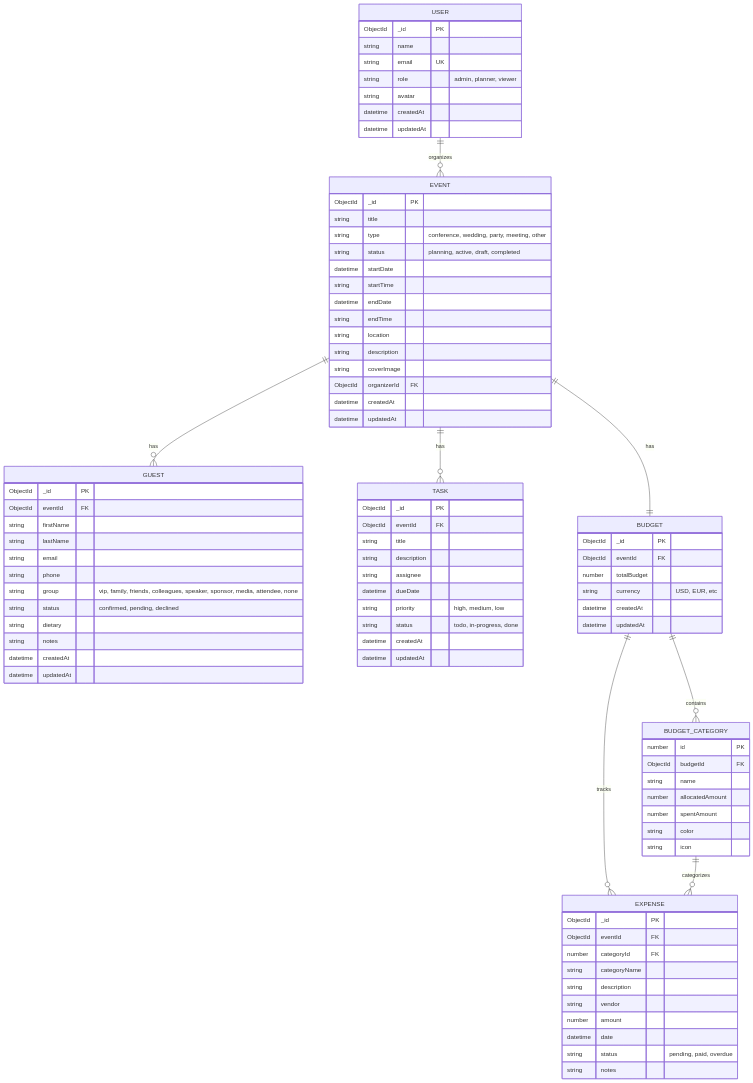
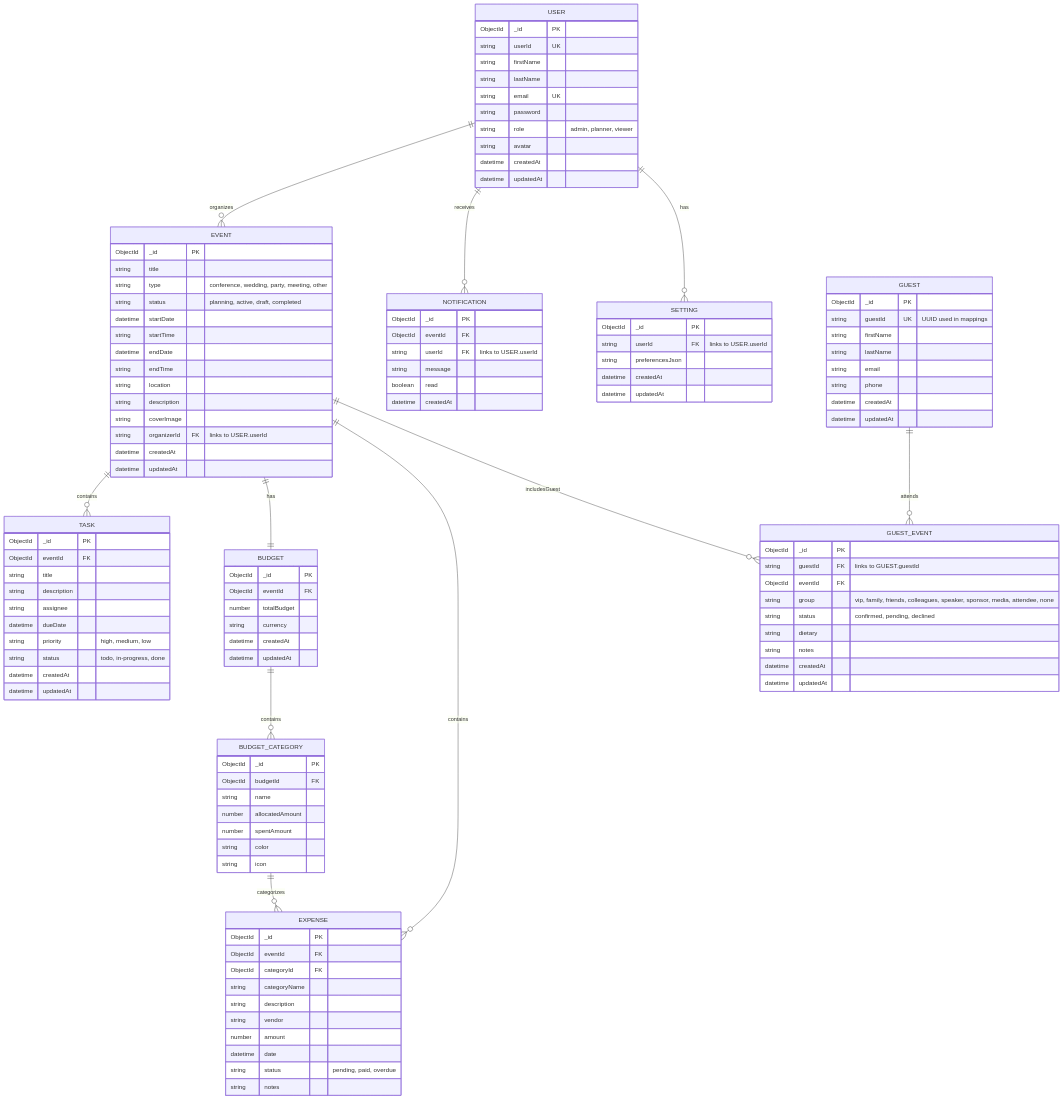
The diagram in database-schema.md (ShawndharSrt/Event-Planner), drawn with Mermaid before and after one commit. The commit also changed other lines of this file and 33 other files, not shown here.

Commit message:
Refactor core models and services to use string IDs, introduce new budget, notification, and setting models, and update authentication forms.

````diff
--- a/database-schema.md
+++ b/database-schema.md
@@ -5,17 +5,26 @@
 ```mermaid
 erDiagram
     USER ||--o{ EVENT : organizes
-    EVENT ||--o{ GUEST : "has"
-    EVENT ||--o{ TASK : "has"
-    EVENT ||--|| BUDGET : "has"
-    BUDGET ||--o{ BUDGET_CATEGORY : "contains"
-    BUDGET ||--o{ EXPENSE : "tracks"
-    BUDGET_CATEGORY ||--o{ EXPENSE : "categorizes"
+    USER ||--o{ NOTIFICATION : receives
+    USER ||--o{ SETTING : has
+
+    EVENT ||--o{ TASK : contains
+    EVENT ||--|| BUDGET : has
+    EVENT ||--o{ EXPENSE : contains
+
+    BUDGET ||--o{ BUDGET_CATEGORY : contains
+    BUDGET_CATEGORY ||--o{ EXPENSE : categorizes
+
+    GUEST ||--o{ GUEST_EVENT : attends
+    EVENT ||--o{ GUEST_EVENT : includesGuest
 
     USER {
         ObjectId _id PK
-        string name
+        string userId UK
+        string firstName
+        string lastName
         string email UK
+        string password
         string role "admin, planner, viewer"
         string avatar
         datetime createdAt
@@ -34,22 +43,7 @@
         string location
         string description
         string coverImage
-        ObjectId organizerId FK
-        datetime createdAt
-        datetime updatedAt
-    }
-
-    GUEST {
-        ObjectId _id PK
-        ObjectId eventId FK
-        string firstName
-        string lastName
-        string email
-        string phone
-        string group "vip, family, friends, colleagues, speaker, sponsor, media, attendee, none"
-        string status "confirmed, pending, declined"
-        string dietary
-        string notes
+        string organizerId FK "links to USER.userId"
         datetime createdAt
         datetime updatedAt
     }
@@ -67,17 +61,40 @@
         datetime updatedAt
     }
 
+    GUEST {
+        ObjectId _id PK
+        string guestId UK "UUID used in mappings"
+        string firstName
+        string lastName
+        string email
+        string phone
+        datetime createdAt
+        datetime updatedAt
+    }
+
+    GUEST_EVENT {
+        ObjectId _id PK
+        string guestId FK "links to GUEST.guestId"
+        ObjectId eventId FK
+        string group "vip, family, friends, colleagues, speaker, sponsor, media, attendee, none"
+        string status "confirmed, pending, declined"
+        string dietary
+        string notes
+        datetime createdAt
+        datetime updatedAt
+    }
+
     BUDGET {
         ObjectId _id PK
         ObjectId eventId FK
         number totalBudget
-        string currency "USD, EUR, etc"
+        string currency
         datetime createdAt
         datetime updatedAt
     }
 
     BUDGET_CATEGORY {
-        number id PK
+        ObjectId _id PK
         ObjectId budgetId FK
         string name
         number allocatedAmount
@@ -89,7 +106,7 @@
     EXPENSE {
         ObjectId _id PK
         ObjectId eventId FK
-        number categoryId FK
+        ObjectId categoryId FK
         string categoryName
         string description
         string vendor
@@ -98,4 +115,21 @@
         string status "pending, paid, overdue"
         string notes
     }
+
+    NOTIFICATION {
+        ObjectId _id PK
+        ObjectId eventId FK
+        string userId FK "links to USER.userId"
+        string message
+        boolean read
+        datetime createdAt
+    }
+
+    SETTING {
+        ObjectId _id PK
+        string userId FK "links to USER.userId"
+        string preferencesJson
+        datetime createdAt
+        datetime updatedAt
+    }
 ```
````
